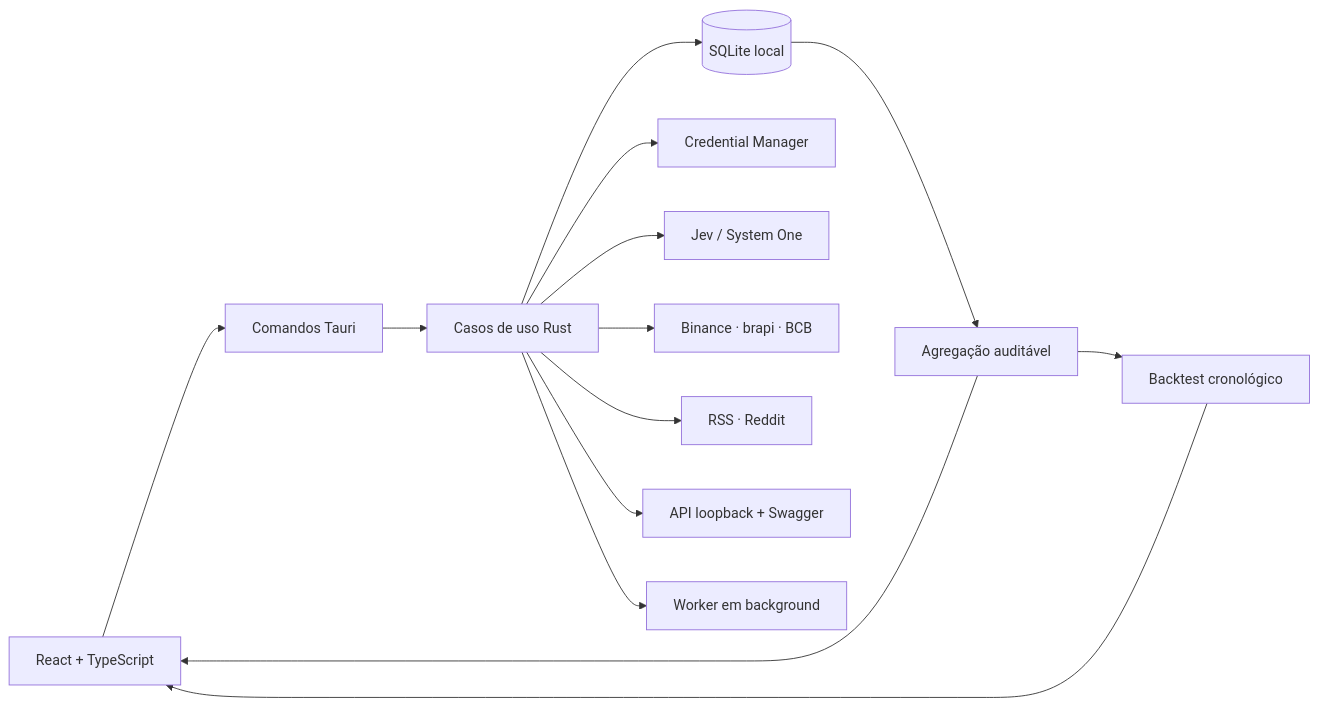
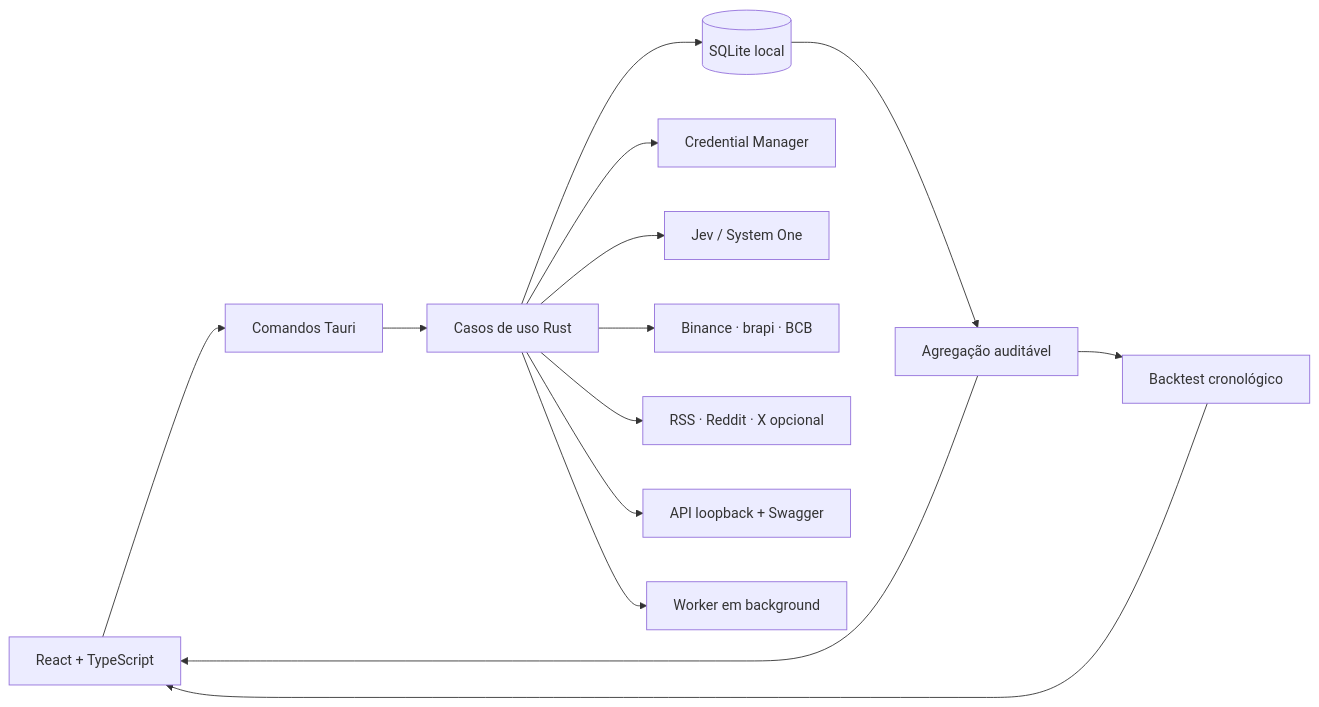
One commit to PedroReoli/JevRadar changed the diagram in README.md. Above: the diagram before and after it, drawn with Mermaid. The commit also changed other lines of this file, not shown here.

````diff
--- a/README.md
+++ b/README.md
@@ -25,16 +26,16 @@
 ```mermaid
 flowchart LR
   UI[React + TypeScript] --> CMD[Comandos Tauri]
   CMD --> APP[Casos de uso Rust]
   APP --> DB[(SQLite local)]
   APP --> KEY[Credential Manager]
   APP --> JEV[Jev / System One]
   APP --> DATA[Binance · brapi · BCB]
-  APP --> CONTENT[RSS · Reddit]
+  APP --> CONTENT[RSS · Reddit · X opcional]
   APP --> API[API loopback + Swagger]
   APP --> BG[Worker em background]
   DB --> SIGNAL[Agregação auditável]
   SIGNAL --> UI
   SIGNAL --> BACKTEST[Backtest cronológico]
   BACKTEST --> UI
 ```
````
